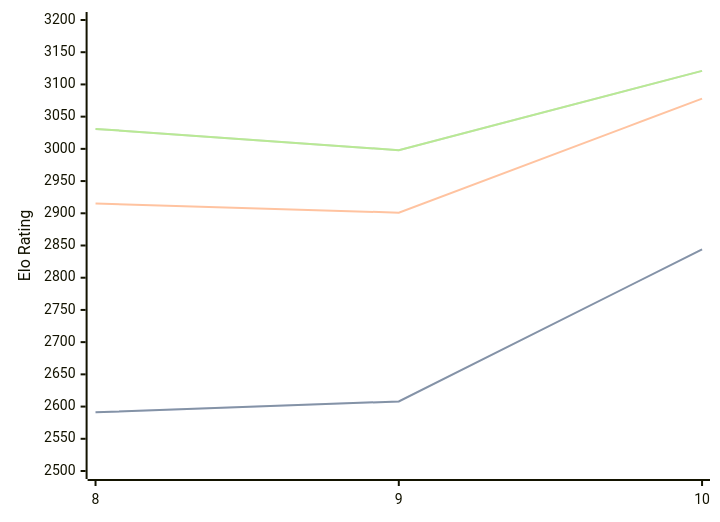
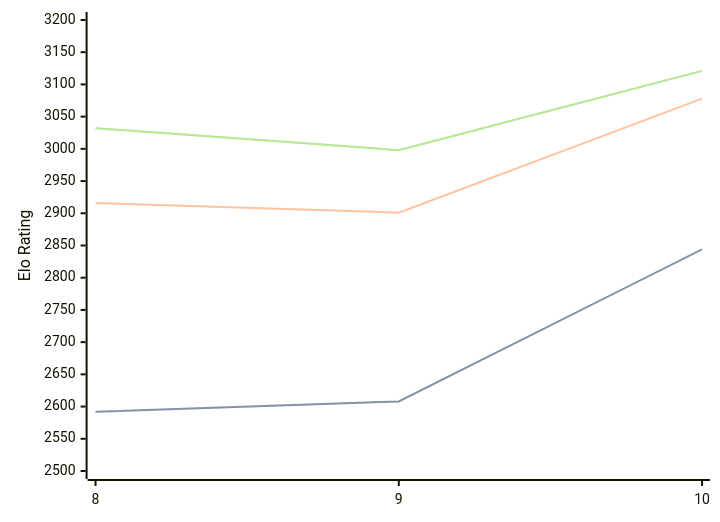
Before and after one commit to computer-chess-index/cci: the diagram in engines/Lozza.md, drawn with Mermaid. The commit also changed other lines of this file, not shown here.

Commit message:
Update CCI Ratings (ELO VLTC) - 2026-08-29

````diff
--- a/engines/Lozza.md
+++ b/engines/Lozza.md
@@ -33,11 +33,11 @@
 ```mermaid
 %%{init: {"theme":"base","themeVariables":{"seriesColors:['#a3a3a3','#222221','#faa371']}}}%%
 xychart-beta
   x-axis ["8", "9", "10"]
   y-axis "Elo Rating" 2500 --> 3200
-  line "" [2591, 2608, 2844]
-  line "STC (8.0+0.08s)" [2591, 2608, 2844]
-  line "LTC (60.0+0.60s)" [2915, 2901, 3078]
-  line "" [3031, 2998, 3121]
-  line "VLTC (2m24s+1.12s)" [3031, 2998, 3121]
+  line "" [2592, 2608, 2844]
+  line "STC (8.0+0.08s)" [2592, 2608, 2844]
+  line "LTC (60.0+0.60s)" [2916, 2901, 3078]
+  line "" [3032, 2998, 3121]
+  line "VLTC (2m24s+1.12s)" [3032, 2998, 3121]
 ```
````
